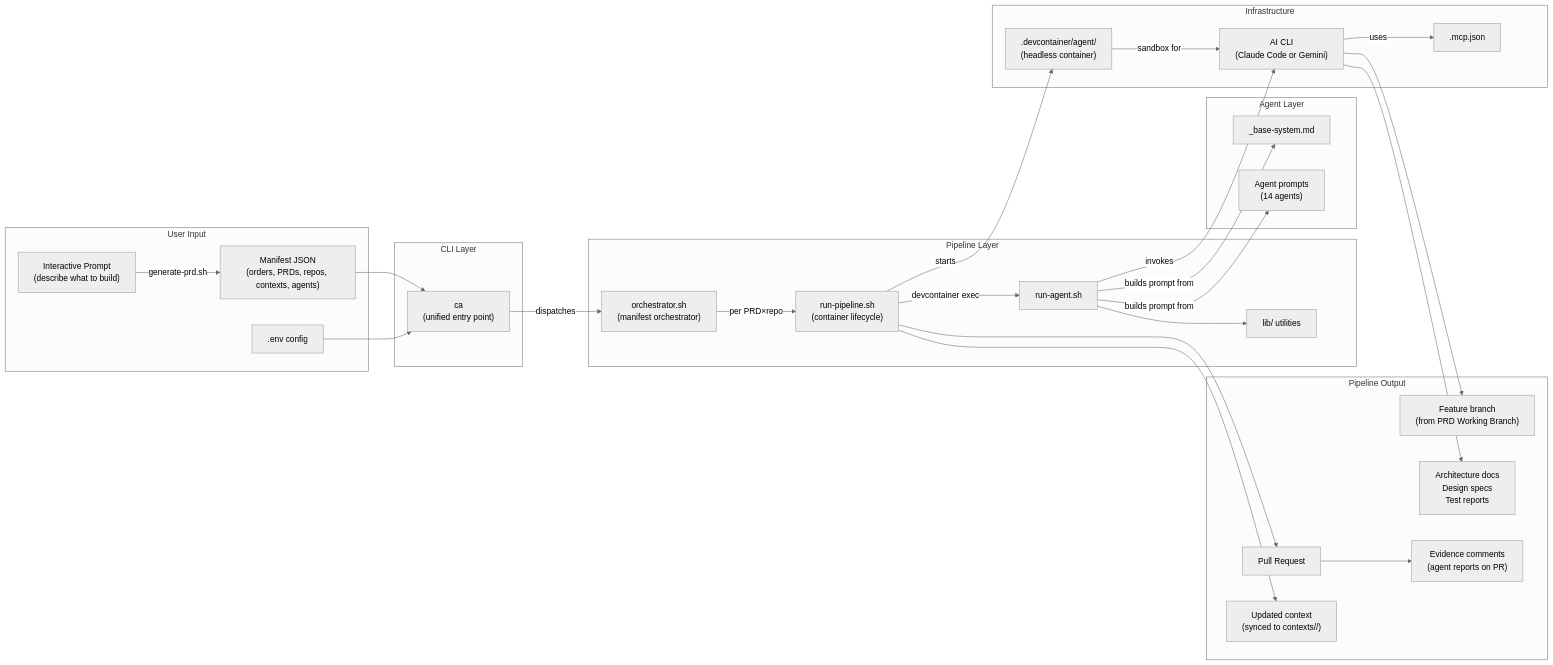
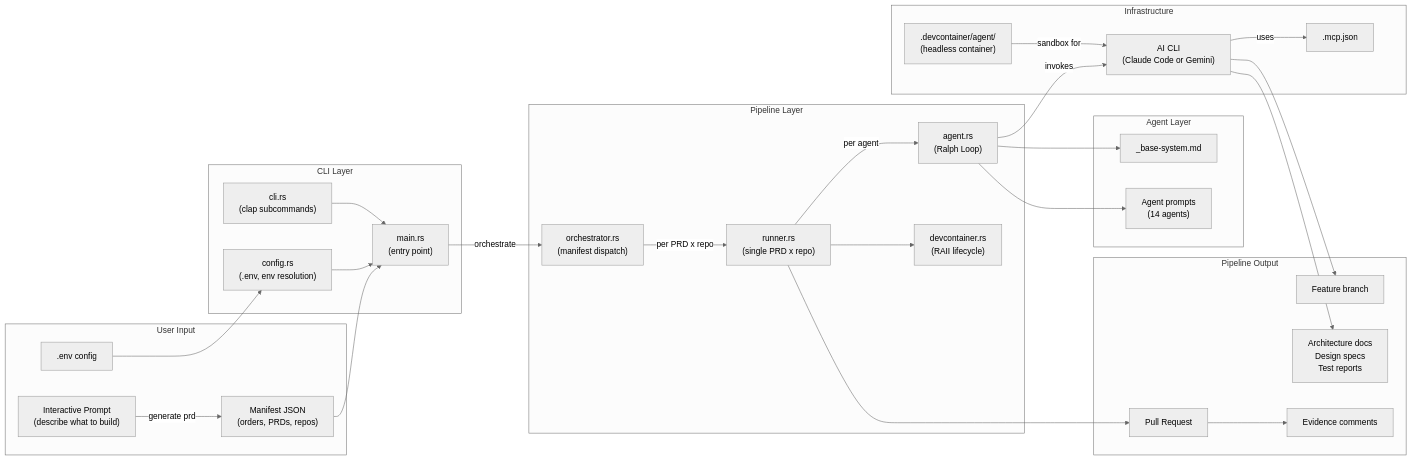
Before and after one commit to delehner/wisp: the second of 2 diagrams in docs/project-structure.md, drawn with Mermaid (neutral theme). The commit also changed other lines of this file and 53 other files, not shown here.

````diff
--- a/docs/project-structure.md
+++ b/docs/project-structure.md
@@ -60,57 +69,58 @@
 ```mermaid
 flowchart LR
-    subgraph User["User Input"]
+    subgraph UserInput["User Input"]
         Desc["Interactive Prompt\n(describe what to build)"]
-        Manifest["Manifest JSON\n(orders, PRDs, repos, contexts, agents)"]
-        Env[".env config"]
+        ManifestFile["Manifest JSON\n(orders, PRDs, repos)"]
+        EnvFile[".env config"]
     end
 
-    subgraph CLI["CLI Layer"]
-        CaCli["ca\n(unified entry point)"]
+    subgraph CLILayer["CLI Layer"]
+        MainRs["main.rs\n(entry point)"]
+        CliRs["cli.rs\n(clap subcommands)"]
+        ConfigRs["config.rs\n(.env, env resolution)"]
     end
 
-    subgraph Orchestration["Pipeline Layer"]
-        Orch["orchestrator.sh\n(manifest orchestrator)"]
-        Pipe["run-pipeline.sh\n(container lifecycle)"]
-        Runner["run-agent.sh"]
-        Libs["lib/ utilities"]
+    subgraph PipelineLayer["Pipeline Layer"]
+        OrchestratorRs["orchestrator.rs\n(manifest dispatch)"]
+        RunnerRs["runner.rs\n(single PRD x repo)"]
+        AgentRs["agent.rs\n(Ralph Loop)"]
+        DevcontainerRs["devcontainer.rs\n(RAII lifecycle)"]
     end
 
     subgraph AgentLayer["Agent Layer"]
-        Base["_base-system.md"]
+        BaseSystem["_base-system.md"]
         Prompts["Agent prompts\n(14 agents)"]
     end
 
     subgraph Infra["Infrastructure"]
         DC[".devcontainer/agent/\n(headless container)"]
         MCP[".mcp.json"]
-        AI["AI CLI\n(Claude Code or Gemini)"]
+        AICLI["AI CLI\n(Claude Code or Gemini)"]
     end
 
     subgraph Output["Pipeline Output"]
-        Branch["Feature branch\n(from PRD Working Branch)"]
+        Branch["Feature branch"]
         Artifacts["Architecture docs\nDesign specs\nTest reports"]
         PullReq["Pull Request"]
-        Evidence["Evidence comments\n(agent reports on PR)"]
-        CtxUpdate["Updated context\n(synced to contexts/<repo>/)"]
+        Evidence["Evidence comments"]
     end
 
-    Desc -->|"generate-prd.sh"| Manifest
-    Manifest --> CaCli
-    Env --> CaCli
-    CaCli -->|"dispatches"| Orch
-    Orch -->|"per PRD×repo"| Pipe
-    Pipe -->|"starts"| DC
-    Pipe -->|"devcontainer exec"| Runner
-    Runner --> Libs
-    Runner -->|builds prompt from| Base
-    Runner -->|builds prompt from| Prompts
-    Runner -->|invokes| AI
-    AI -->|uses| MCP
-    DC -->|sandbox for| AI
-    AI --> Branch
-    AI --> Artifacts
-    Pipe --> PullReq
+    Desc -->|"generate prd"| ManifestFile
+    ManifestFile --> MainRs
+    EnvFile --> ConfigRs
+    ConfigRs --> MainRs
+    CliRs --> MainRs
+    MainRs -->|"orchestrate"| OrchestratorRs
+    OrchestratorRs -->|"per PRD x repo"| RunnerRs
+    RunnerRs --> DevcontainerRs
+    RunnerRs -->|"per agent"| AgentRs
+    AgentRs --> BaseSystem
+    AgentRs --> Prompts
+    AgentRs -->|"invokes"| AICLI
+    AICLI -->|"uses"| MCP
+    DC -->|"sandbox for"| AICLI
+    AICLI --> Branch
+    AICLI --> Artifacts
+    RunnerRs --> PullReq
     PullReq --> Evidence
-    Pipe --> CtxUpdate
 ```
````
